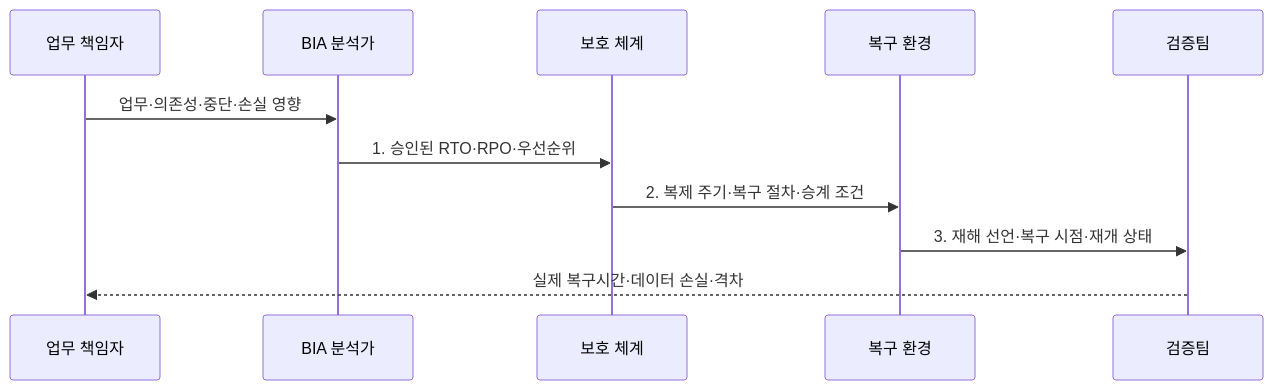
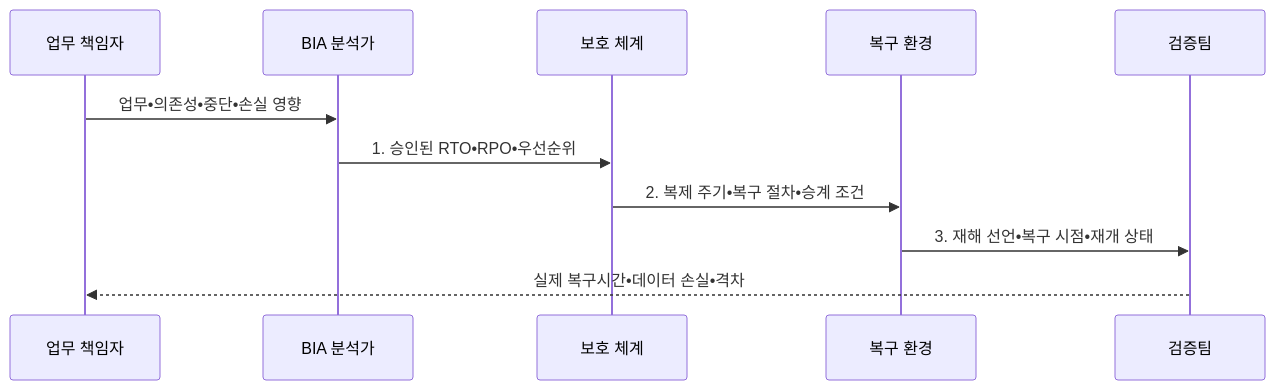
Before and after one commit to agnusdei1207/knowledge-base: the second of 2 diagrams in src/content/docs/notes/06-evaluation/020_rto_rpo.md, drawn with Mermaid. The commit also changed other lines of this file and 953 other files, not shown here.

````diff
--- a/src/content/docs/notes/06-evaluation/020_rto_rpo.md
+++ b/src/content/docs/notes/06-evaluation/020_rto_rpo.md
@@ -102,13 +102,13 @@
 ```mermaid
 sequenceDiagram
   participant O as 업무 책임자
   participant A as BIA 분석가
   participant B as 보호 체계
   participant R as 복구 환경
   participant V as 검증팀
-  O->>A: 업무·의존성·중단·손실 영향
-  A->>B: 1. 승인된 RTO·RPO·우선순위
-  B->>R: 2. 복제 주기·복구 절차·승계 조건
-  R->>V: 3. 재해 선언·복구 시점·재개 상태
-  V-->>O: 실제 복구시간·데이터 손실·격차
+  O->>A: 업무•의존성•중단•손실 영향
+  A->>B: 1. 승인된 RTO•RPO•우선순위
+  B->>R: 2. 복제 주기•복구 절차•승계 조건
+  R->>V: 3. 재해 선언•복구 시점•재개 상태
+  V-->>O: 실제 복구시간•데이터 손실•격차
 ```
````
